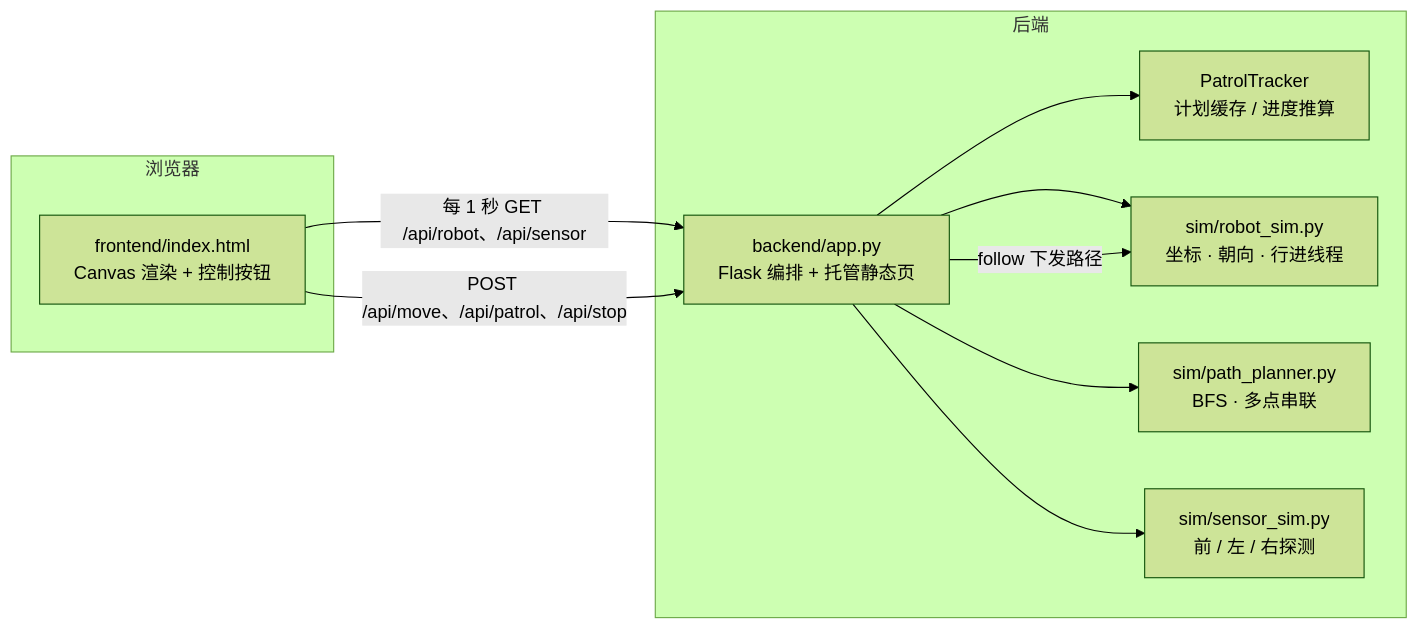
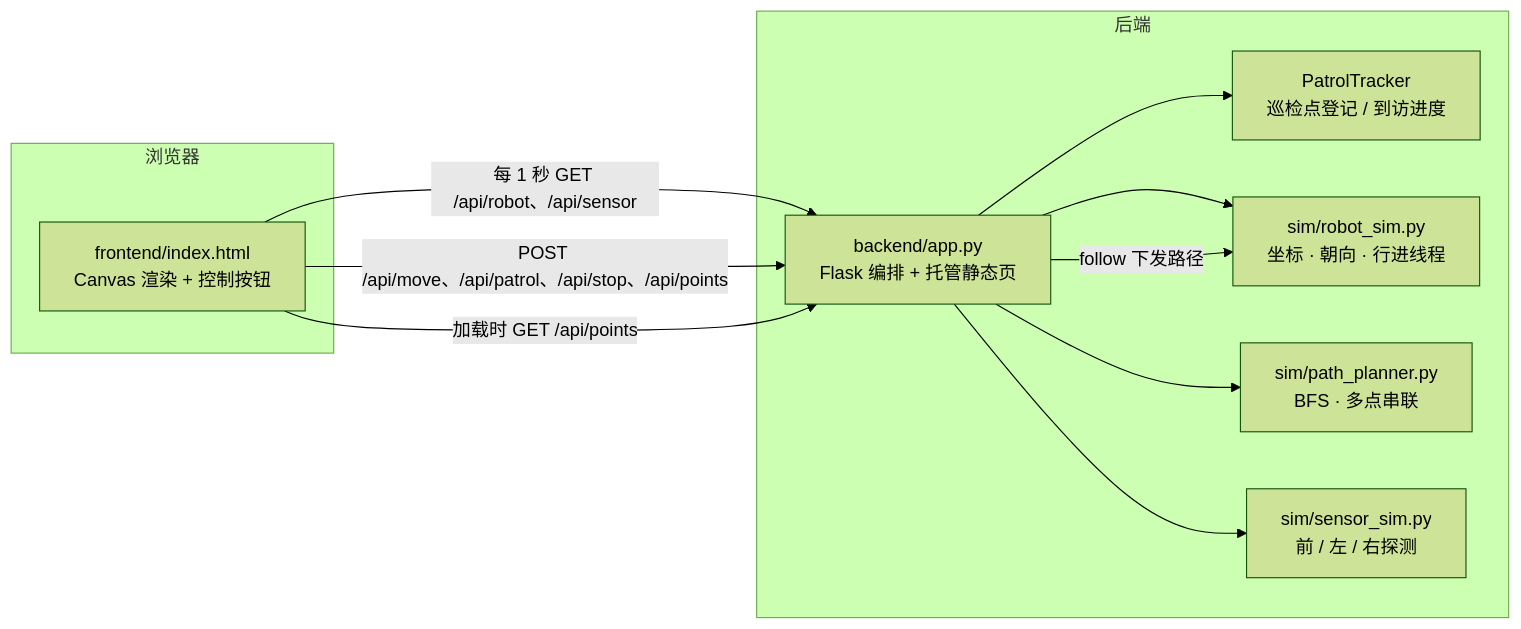
One commit to ruisen77-gif/patrol-sim-std changed the diagram in docs/03_项目架构与接口.md. Above: the diagram before and after it, drawn with Mermaid (forest theme). The commit also changed other lines of this file and 6 other files, not shown here.

````diff
--- a/docs/03_项目架构与接口.md
+++ b/docs/03_项目架构与接口.md
@@ -22,20 +22,21 @@
 ```mermaid
 graph LR
     subgraph 浏览器
         UI[frontend/index.html<br/>Canvas 渲染 + 控制按钮]
     end
     subgraph 后端
         APP[backend/app.py<br/>Flask 编排 + 托管静态页]
-        TRACK[PatrolTracker<br/>计划缓存 / 进度推算]
+        TRACK[PatrolTracker<br/>巡检点登记 / 到访进度]
         ROBOT[sim/robot_sim.py<br/>坐标 · 朝向 · 行进线程]
         PLAN[sim/path_planner.py<br/>BFS · 多点串联]
         SENSOR[sim/sensor_sim.py<br/>前 / 左 / 右探测]
     end
     UI -->|每 1 秒 GET /api/robot、/api/sensor| APP
-    UI -->|POST /api/move、/api/patrol、/api/stop| APP
+    UI -->|POST /api/move、/api/patrol、/api/stop、/api/points| APP
+    UI -->|加载时 GET /api/points| APP
     APP --> TRACK
     APP --> ROBOT
     APP --> PLAN
     APP --> SENSOR
     APP -->|follow 下发路径| ROBOT
 ```
````
